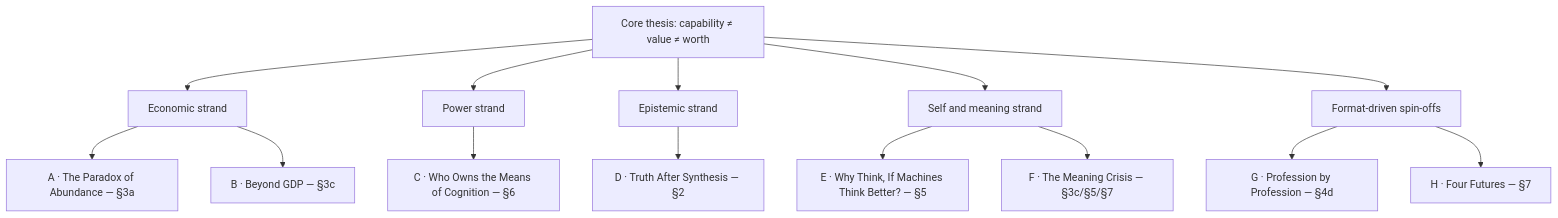
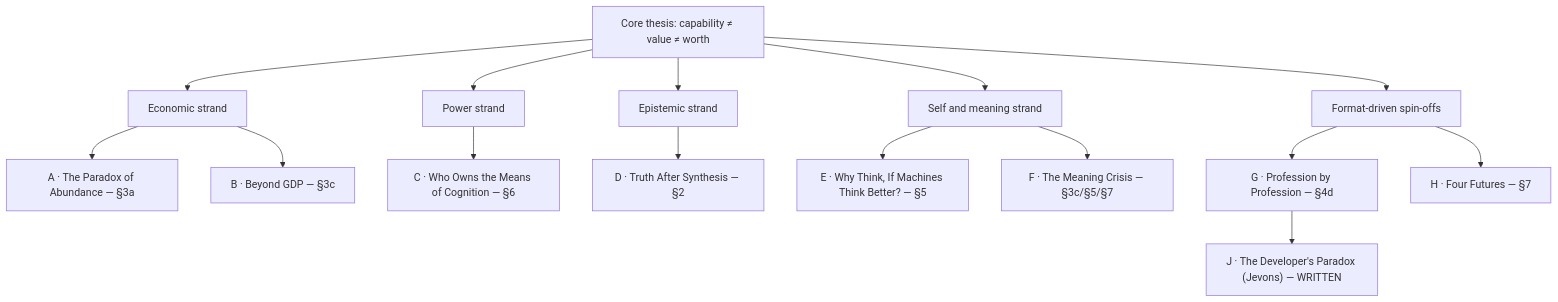
Before and after one commit to ccabos/live-with-AI: the first of 8 diagrams in essay-outline.md, drawn with Mermaid. The commit also changed other lines of this file and 2 other files, not shown here.

First line of the commit message:
Add German mirror of the developer/Jevons article and track it in the outline

````diff
--- a/essay-outline.md
+++ b/essay-outline.md
@@ -402,17 +402,18 @@
 ```mermaid
 flowchart TD
     T["Core thesis: capability ≠ value ≠ worth"]
     T --> S1["Economic strand"]
     T --> S2["Power strand"]
     T --> S3["Epistemic strand"]
     T --> S4["Self and meaning strand"]
     T --> S5["Format-driven spin-offs"]
     S1 --> A["A · The Paradox of Abundance — §3a"]
     S1 --> B["B · Beyond GDP — §3c"]
     S2 --> C["C · Who Owns the Means of Cognition — §6"]
     S3 --> D["D · Truth After Synthesis — §2"]
     S4 --> E["E · Why Think, If Machines Think Better? — §5"]
     S4 --> F["F · The Meaning Crisis — §3c/§5/§7"]
     S5 --> G["G · Profession by Profession — §4d"]
     S5 --> H["H · Four Futures — §7"]
+    G --> J["J · The Developer's Paradox (Jevons) — WRITTEN"]
 ```
````
